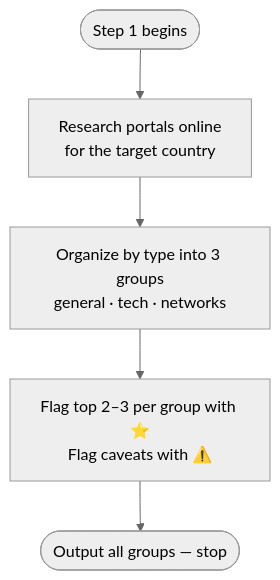
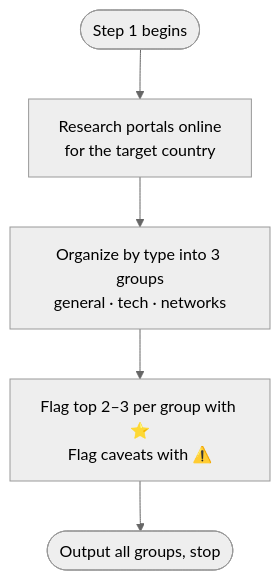
The diagram in docs/commands/portal-finder/step1-portal-research.md (myowinthein/agent-compass), drawn with Mermaid (neutral theme) before and after one commit. The commit also changed other lines of this file and 19 other files, not shown here.

````diff
--- a/docs/commands/portal-finder/step1-portal-research.md
+++ b/docs/commands/portal-finder/step1-portal-research.md
@@ -14,7 +14,7 @@
 ```mermaid
 flowchart TD
   Start([Step 1 begins]) --> Research[Research portals online\nfor the target country]
   Research --> Group[Organize by type into 3 groups\ngeneral · tech · networks]
   Group --> Flag[Flag top 2–3 per group with ⭐\nFlag caveats with ⚠️]
-  Flag --> Output([Output all groups — stop])
+  Flag --> Output([Output all groups, stop])
 ```
````
